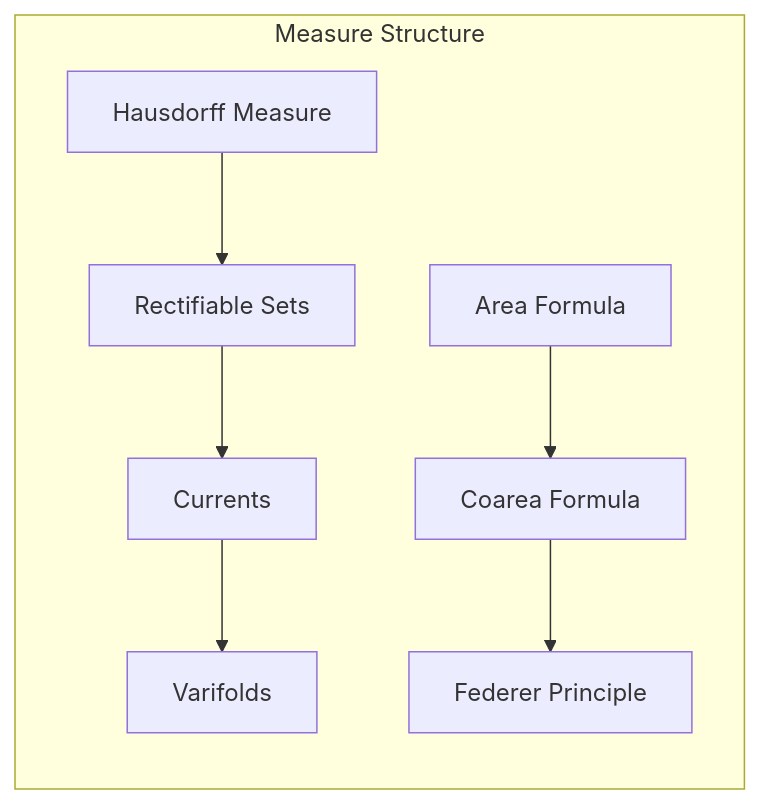
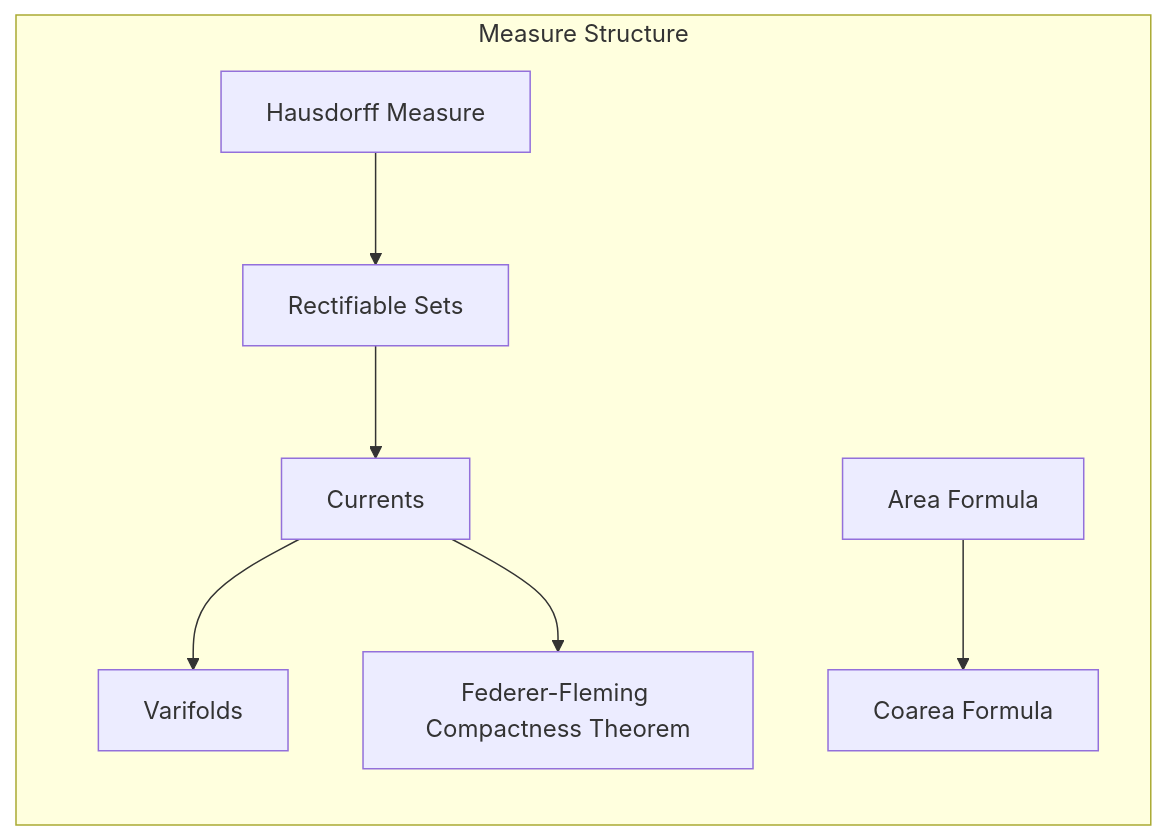
One commit to ActiveInferenceInstitute/cognitive changed diagram 24 of 31 in knowledge_base/ontology/hyperspatial/hyperspace_ontology.md. Above: the diagram before and after it, drawn with Mermaid. The commit also changed other lines of this file and 167 other files, not shown here.

````diff
--- a/knowledge_base/ontology/hyperspatial/hyperspace_ontology.md
+++ b/knowledge_base/ontology/hyperspatial/hyperspace_ontology.md
@@ -1353,19 +1357,19 @@
 ```mermaid
 
 graph LR
 
     subgraph "Measure Structure"
 
         A[Hausdorff Measure] --> B[Rectifiable Sets]
 
         B --> C[Currents]
 
         C --> D[Varifolds]
 
         E[Area Formula] --> F[Coarea Formula]
 
-        F --> G[Federer Principle]
+        C --> G[Federer-Fleming Compactness Theorem]
 
     end
 
 ```
````
